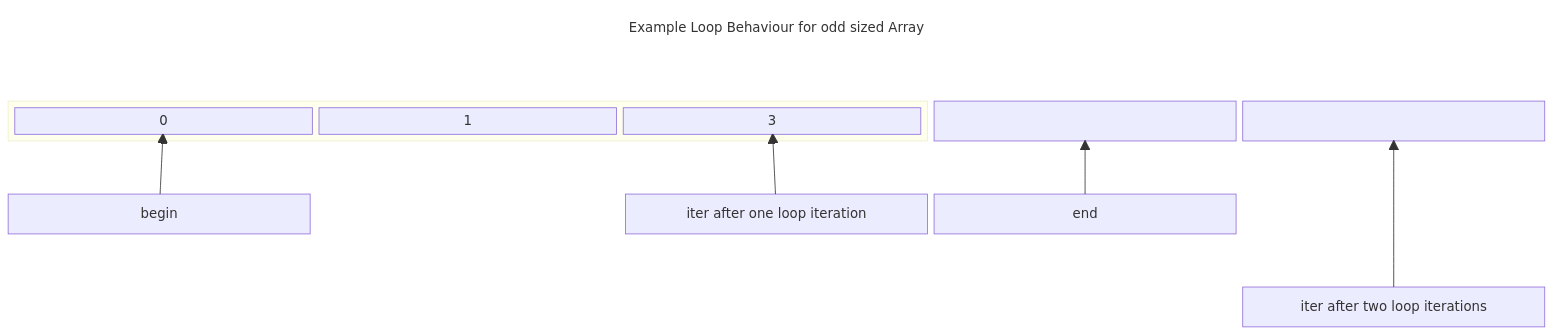
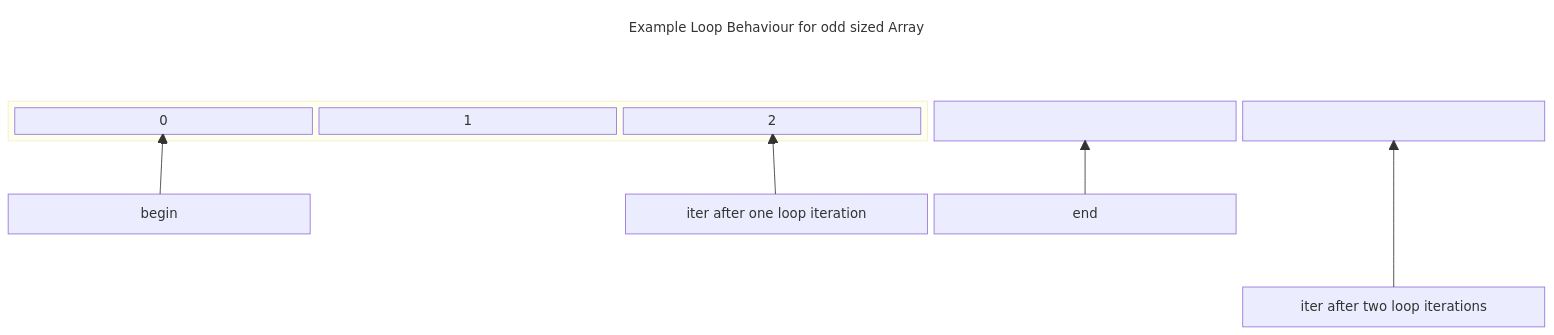
One commit to flempriere/CppThroughGameProgramming changed the second of 3 diagrams in Chapter4/Chapter4.md. Above: the diagram before and after it, drawn with Mermaid. The commit also changed other lines of this file, not shown here.

````diff
--- a/Chapter4/Chapter4.md
+++ b/Chapter4/Chapter4.md
@@ -108,31 +108,31 @@
 ```mermaid
 
 block
     columns 5
     space:2
     title("Example Loop Behaviour for odd sized Array")
     space:2
     space:5
     block:array:3
         0 ["0"]
         1 ["1"]
-        2 ["3"]
+        2 ["2"]
     end
     end_arr [" "]
     off_arr [" "]
     space:5
     begin_iter ["begin"]
     space
     iter_one ["iter after one loop iteration"]
     end_iter ["end"]
     space:10
     iter_two ["iter after two loop iterations"]
     begin_iter-->0
     iter_one-->2
     end_iter-->end_arr
     iter_two-->off_arr
 
 
 class title BG
 classDef BG stroke:transparent, fill:transparent
 ```
````
